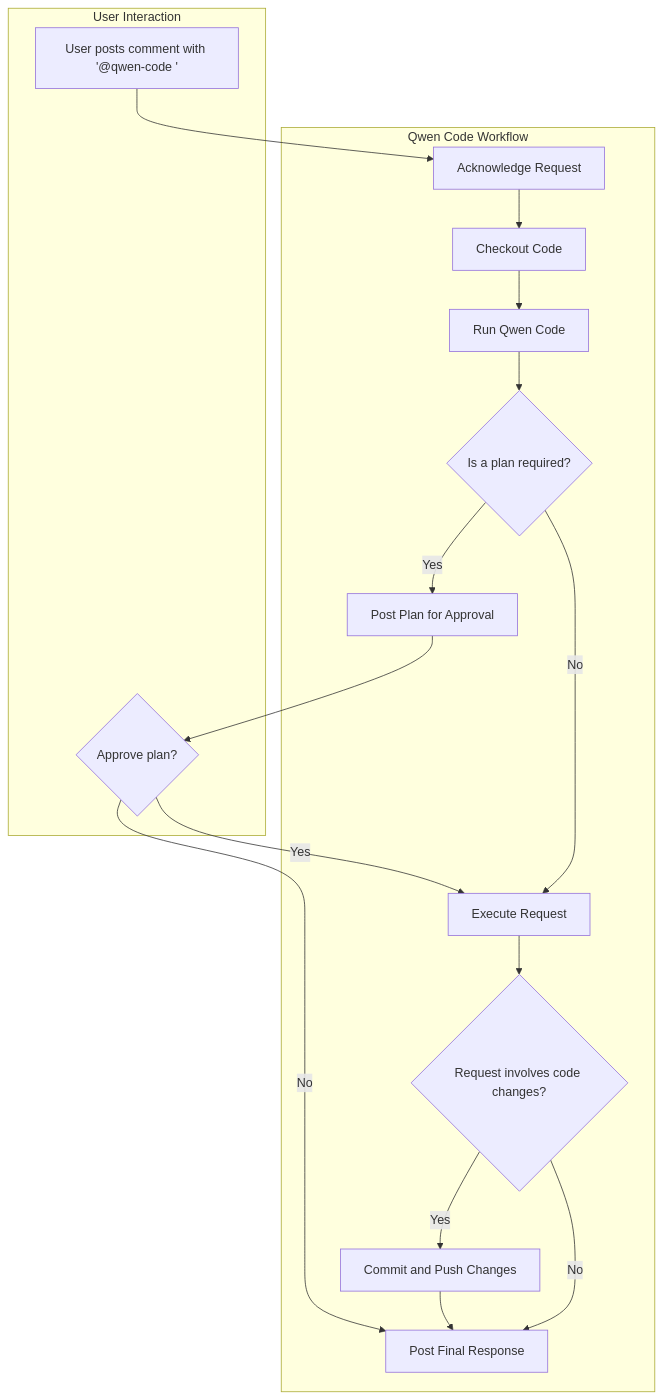
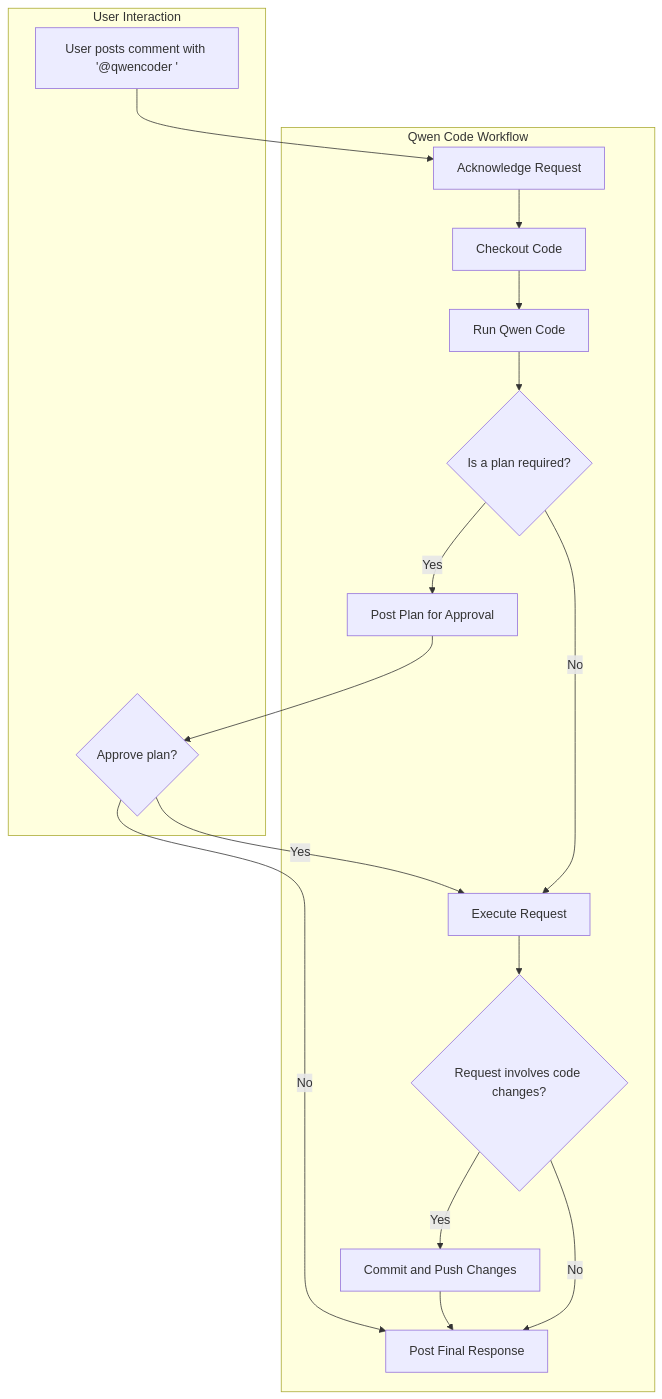
One commit to QwenLM/qwen-code-action changed the diagram in examples/workflows/qwen-assistant/README.md. Above: the diagram before and after it, drawn with Mermaid. The commit also changed other lines of this file and 7 other files, not shown here.

Commit message:
fix: update command mentions from @qwen-code to @qwencoder in workflows and documentation

````diff
--- a/examples/workflows/qwen-assistant/README.md
+++ b/examples/workflows/qwen-assistant/README.md
@@ -102,33 +102,33 @@
 ```mermaid
 flowchart TD
     subgraph "User Interaction"
-      A[User posts comment with '@qwen-code <request>']
+      A[User posts comment with '@qwencoder <request>']
       F{Approve plan?}
     end
 
     subgraph "Qwen Code Workflow"
       B[Acknowledge Request]
       C[Checkout Code]
       D[Run Qwen Code]
       E{Is a plan required?}
       G[Post Plan for Approval]
       H[Execute Request]
       I{Request involves code changes?}
       J[Commit and Push Changes]
       K[Post Final Response]
     end
 
     A --> B
     B --> C
     C --> D
     D --> E
     E -- Yes --> G
     G --> F
     F -- Yes --> H
     F -- No --> K
     E -- No --> H
     H --> I
     I -- Yes --> J
     J --> K
     I -- No --> K
 ```
````
